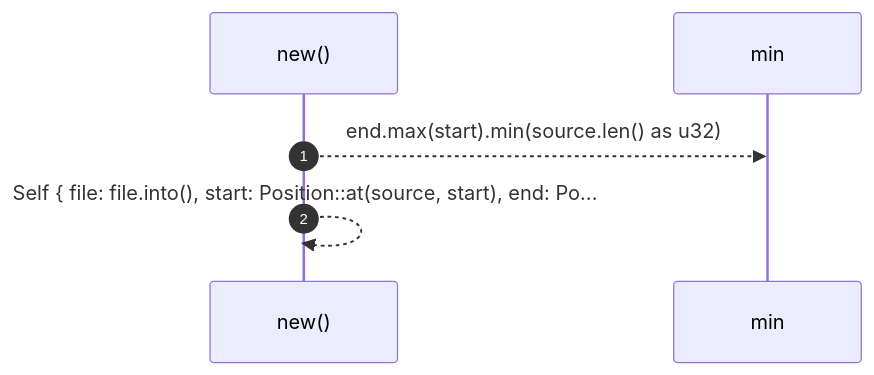
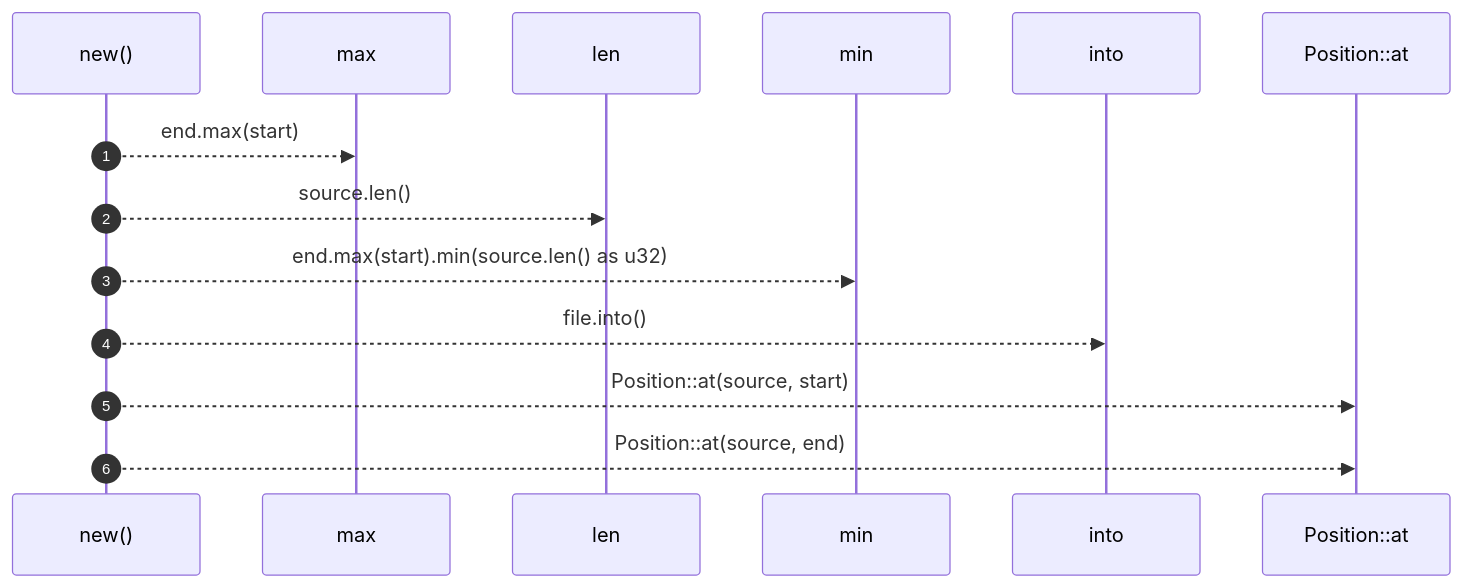
The first of 4 diagrams in docs/self-model/robby_ir/span/impl-span.md (RyanGuild/self-describing-code), drawn with Mermaid before and after one commit. The commit also changed other lines of this file and 1404 other files, not shown here.

````diff
--- a/docs/self-model/robby_ir/span/impl-span.md
+++ b/docs/self-model/robby_ir/span/impl-span.md
@@ -57,8 +86,16 @@
 ```mermaid
 sequenceDiagram
     autonumber
     participant new as new()
+    participant max as max
+    participant len as len
     participant min as min
+    participant into as into
+    participant Position__at as Position::at
+    new-->>max: end.max(start)
+    new-->>len: source.len()
     new-->>min: end.max(start).min(source.len() as u32)
-    new-->>new: Self { file: file.into(), start: Position::at(source, start), end: Po...
+    new-->>into: file.into()
+    new-->>Position__at: Position::at(source, start)
+    new-->>Position__at: Position::at(source, end)
 ```
````
